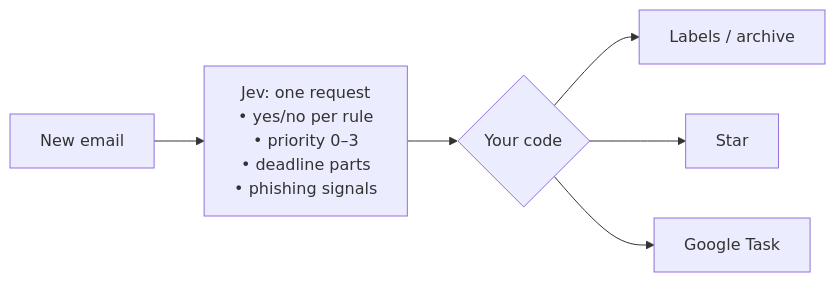
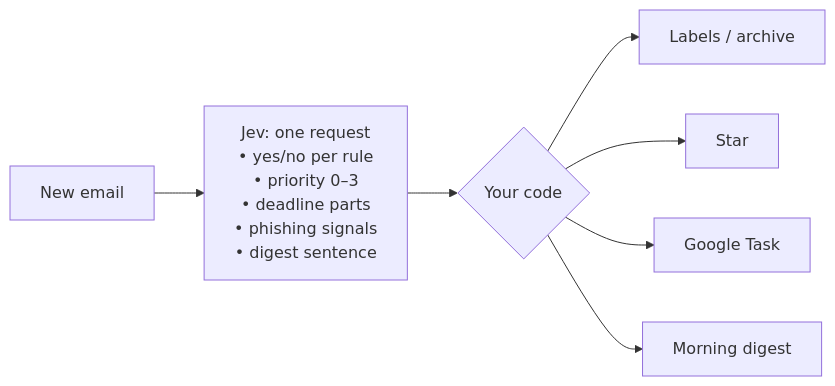
One commit to ziyacivan/jev-mail-filter changed the diagram in README.md. Above: the diagram before and after it, drawn with Mermaid. The commit also changed other lines of this file and 1 other file, not shown here.

First line of the commit message:
Add morning digest and waiting-on-them follow-ups

````diff
--- a/README.md
+++ b/README.md
@@ -46,8 +49,9 @@
 ```mermaid
 flowchart LR
-  A[New email] --> B["Jev: one request<br/>• yes/no per rule<br/>• priority 0–3<br/>• deadline parts<br/>• phishing signals"]
+  A[New email] --> B["Jev: one request<br/>• yes/no per rule<br/>• priority 0–3<br/>• deadline parts<br/>• phishing signals<br/>• digest sentence"]
   B --> C{Your code}
   C --> D[Labels / archive]
   C --> E[Star]
   C --> F[Google Task]
+  C --> G[Morning digest]
 ```
````
